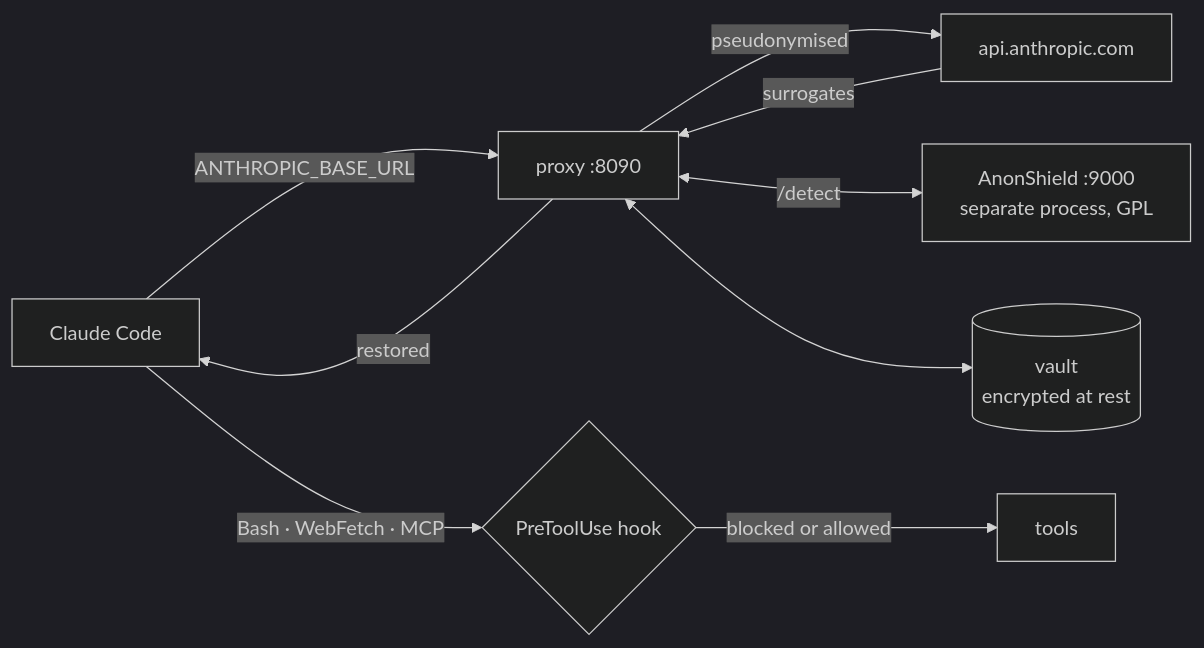
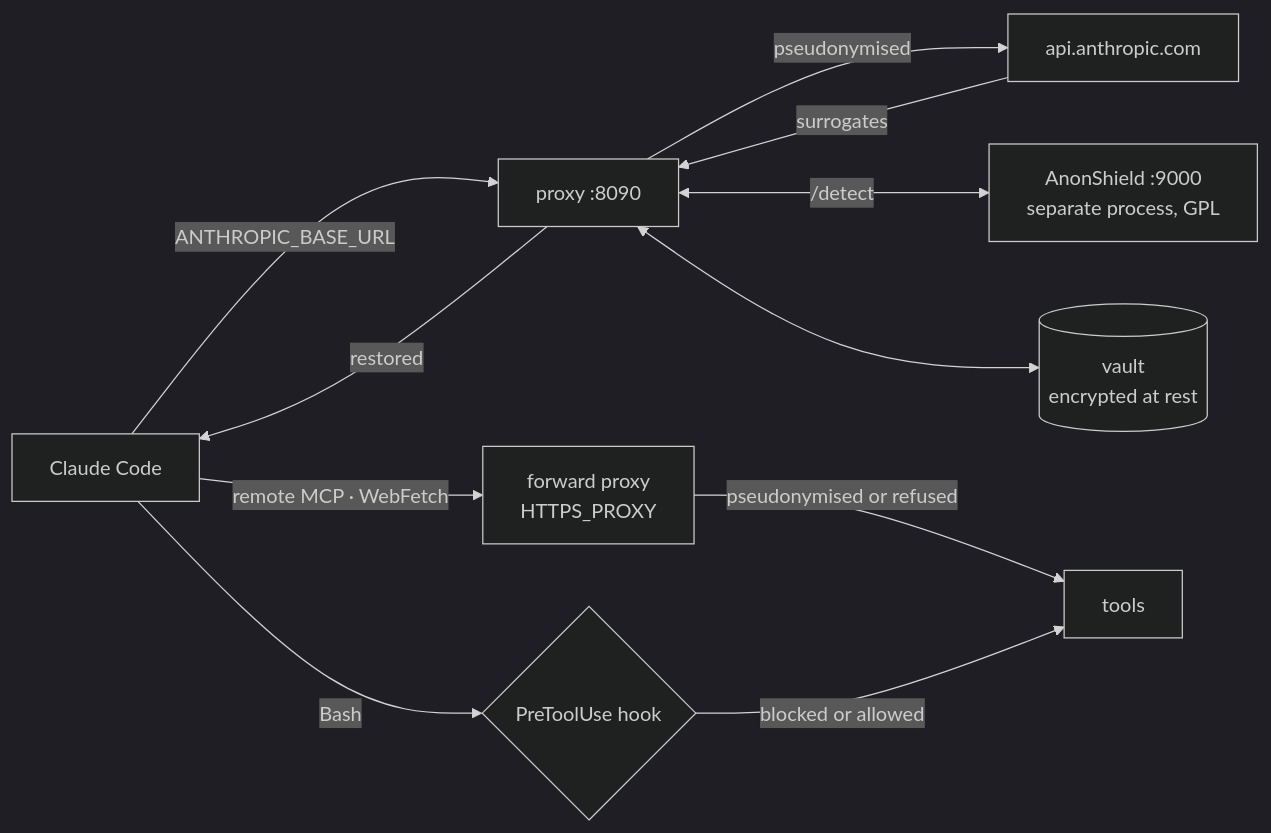
The diagram in docs/index.md (SocialGouv/doublure), drawn with Mermaid (dark theme) before and after one commit. The commit also changed other lines of this file and 4 other files, not shown here.

First line of the commit message:
docs: bash is the limit, remote MCP no longer is

````diff
--- a/docs/index.md
+++ b/docs/index.md
@@ -12,11 +12,13 @@
 ```mermaid
 flowchart LR
     A[Claude Code] -->|ANTHROPIC_BASE_URL| P[proxy :8090]
     P -->|pseudonymised| API[api.anthropic.com]
     API -->|surrogates| P
     P -->|restored| A
     P <-->|/detect| D[AnonShield :9000<br/>separate process, GPL]
     P <--> V[(vault<br/>encrypted at rest)]
-    A -->|Bash · WebFetch · MCP| H{PreToolUse hook}
+    A -->|Bash| H{PreToolUse hook}
+    A -->|remote MCP · WebFetch| F[forward proxy<br/>HTTPS_PROXY]
+    F -->|pseudonymised or refused| T
     H -->|blocked or allowed| T[tools]
 ```
````
